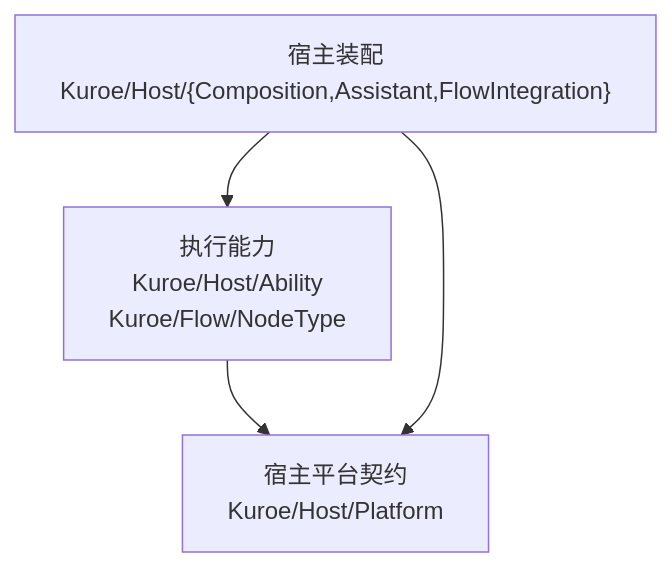
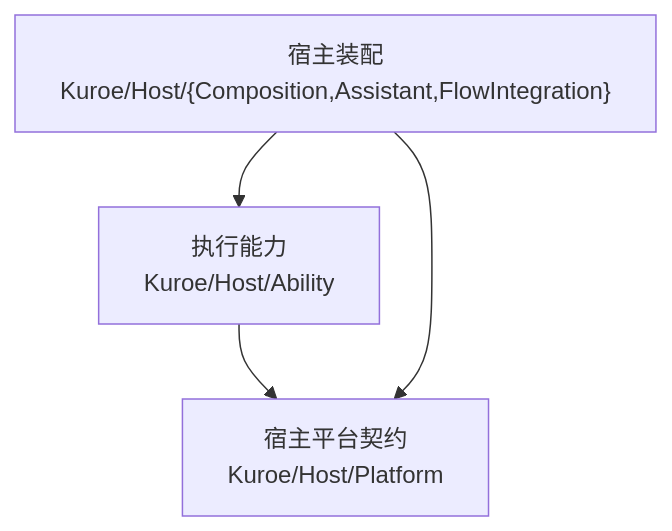
One commit to DrMelt/Kuroe changed the diagram in docs/dev/architecture/functional-boundary/host/index.md. Above: the diagram before and after it, drawn with Mermaid. The commit also changed 35 other files, not shown here.

Commit message:
容器节点类型从 Flow/NodeType 迁入 Host/Ability/Node

````diff
--- a/docs/dev/architecture/functional-boundary/host/index.md
+++ b/docs/dev/architecture/functional-boundary/host/index.md
@@ -5,9 +5,9 @@
 ```mermaid
 flowchart TD
-    Ability["执行能力<br>Kuroe/Host/Ability<br>Kuroe/Flow/NodeType"]
+    Ability["执行能力<br>Kuroe/Host/Ability"]
     Assembly["宿主装配<br>Kuroe/Host/{Composition,Assistant,FlowIntegration}"]
     Platform["宿主平台契约<br>Kuroe/Host/Platform"]
     Assembly --> Ability
     Ability --> Platform
     Assembly --> Platform
 ```
````
